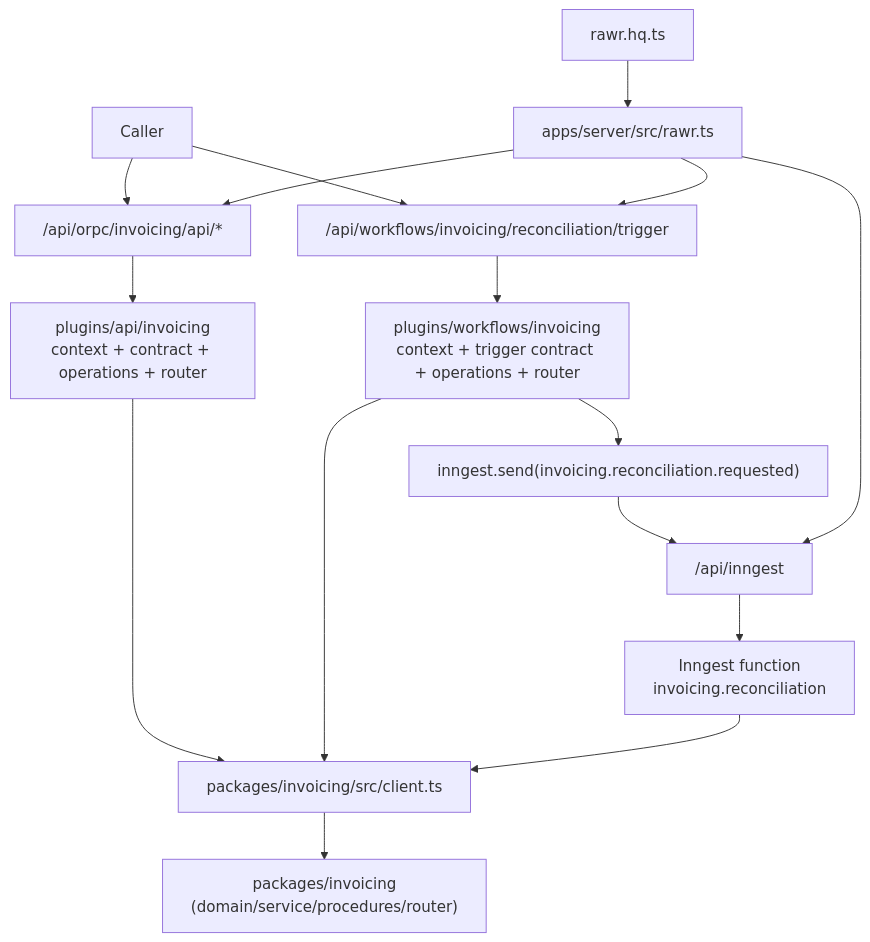
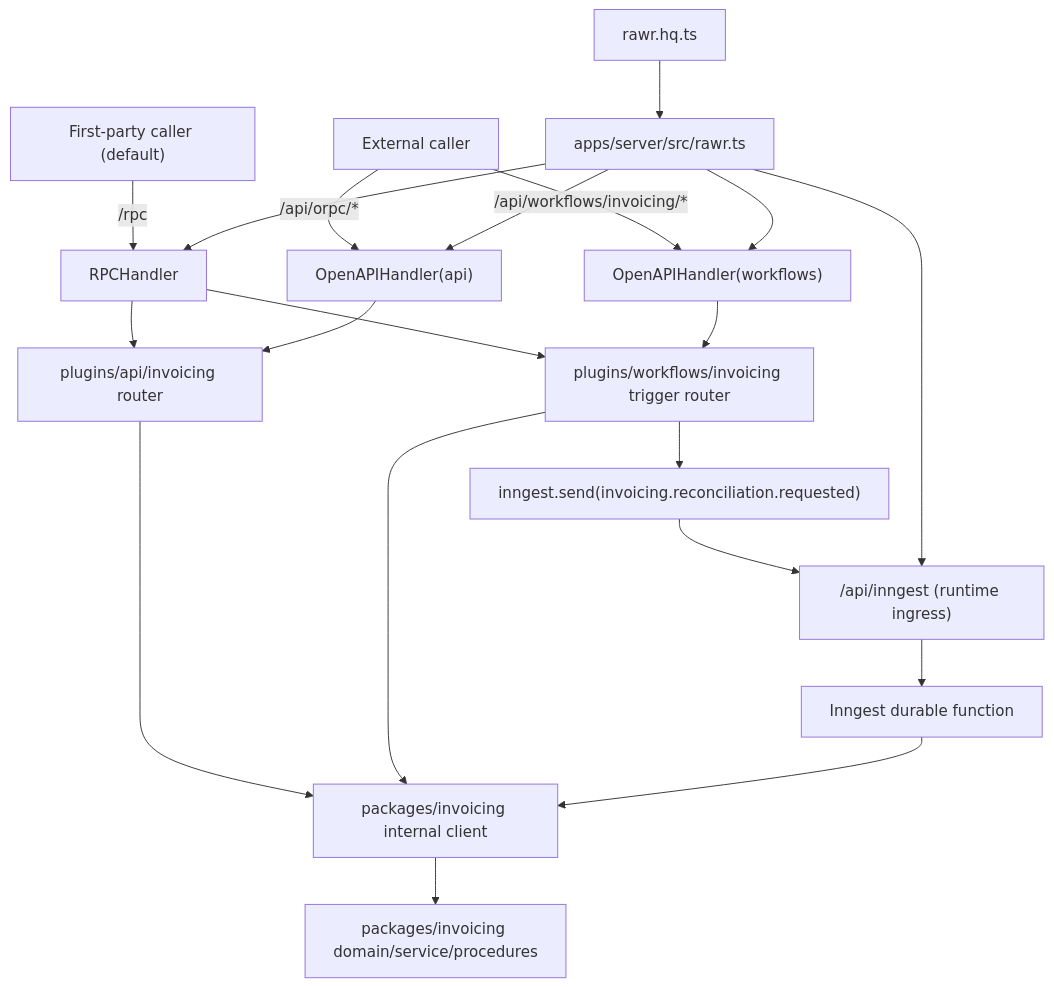
One commit to rawr-ai/rawr-hq-template changed the diagram in docs/projects/orpc-ingest-workflows-spec/examples/e2e-02-api-workflows-composed.md. Above: the diagram before and after it, drawn with Mermaid. The commit also changed other lines of this file and 19 other files, not shown here.

````diff
--- a/docs/projects/orpc-ingest-workflows-spec/examples/e2e-02-api-workflows-composed.md
+++ b/docs/projects/orpc-ingest-workflows-spec/examples/e2e-02-api-workflows-composed.md
@@ -23,22 +34,27 @@
 ```mermaid
 flowchart TD
-  Caller["Caller"] --> Api["/api/orpc/invoicing/api/*"]
-  Caller --> Trigger["/api/workflows/invoicing/reconciliation/trigger"]
+  FirstParty["First-party caller (default)"] -->|"/rpc"| Rpc["RPCHandler"]
+  External["External caller"] -->|"/api/orpc/*"| ApiOpenapi["OpenAPIHandler(api)"]
+  External -->|"/api/workflows/invoicing/*"| WfOpenapi["OpenAPIHandler(workflows)"]
 
-  Api --> ApiPlugin["plugins/api/invoicing\ncontext + contract + operations + router"]
-  Trigger --> WfPlugin["plugins/workflows/invoicing\ncontext + trigger contract + operations + router"]
+  Rpc --> ApiRouter["plugins/api/invoicing router"]
+  Rpc --> WfRouter["plugins/workflows/invoicing trigger router"]
+  ApiOpenapi --> ApiRouter
+  WfOpenapi --> WfRouter
 
-  ApiPlugin --> PkgClient["packages/invoicing/src/client.ts"]
-  WfPlugin --> PkgClient
+  ApiRouter --> PkgClient["packages/invoicing internal client"]
+  WfRouter --> PkgClient
 
-  WfPlugin --> Enqueue["inngest.send(invoicing.reconciliation.requested)"]
-  Enqueue --> Ingress["/api/inngest"]
-  Ingress --> Fn["Inngest function\ninvoicing.reconciliation"]
+  WfRouter --> Enqueue["inngest.send(invoicing.reconciliation.requested)"]
+  Enqueue --> Ingress["/api/inngest (runtime ingress)"]
+  Ingress --> Fn["Inngest durable function"]
   Fn --> PkgClient
 
-  PkgClient --> Pkg["packages/invoicing\n(domain/service/procedures/router)"]
-  Host["apps/server/src/rawr.ts"] --> Api
-  Host --> Trigger
-  Host --> Ingress
-  Root["rawr.hq.ts"] --> Host
+  PkgClient --> Pkg["packages/invoicing domain/service/procedures"]
+
+  Host["apps/server/src/rawr.ts"] --> Ingress
+  Host --> WfOpenapi
+  Host --> Rpc
+  Host --> ApiOpenapi
+  Manifest["rawr.hq.ts"] --> Host
 ```
````
